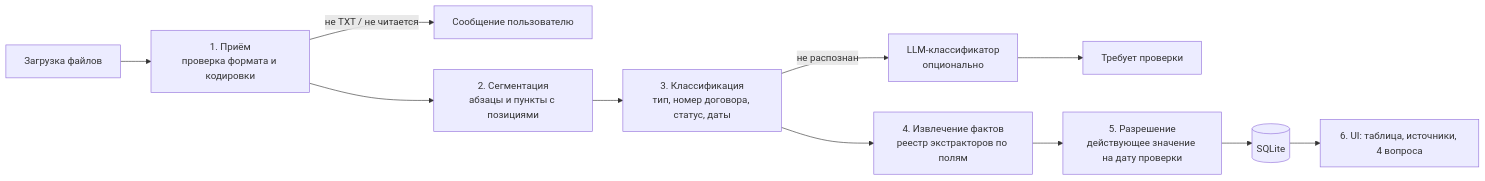
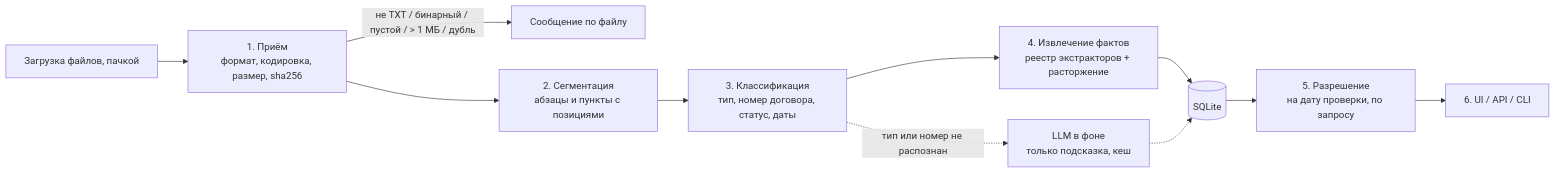
The diagram in docs/ARCHITECTURE.md (Abrosmaan/Test_Case_PO), drawn with Mermaid before and after one commit. The commit also changed other lines of this file and 2 other files, not shown here.

Commit message:
Docs: vibe-coding report with AI errors, time by commits, quality section, ARCHITECTURE matches the code

````diff
--- a/docs/ARCHITECTURE.md
+++ b/docs/ARCHITECTURE.md
@@ -9,13 +11,13 @@
 ```mermaid
 flowchart LR
-  A[Загрузка файлов] --> B[1. Приём<br/>проверка формата и кодировки]
-  B -->|не TXT / не читается| X[Сообщение пользователю]
+  A[Загрузка файлов, пачкой] --> B[1. Приём<br/>формат, кодировка, размер, sha256]
+  B -->|не TXT / бинарный / пустой / > 1 МБ / дубль| X[Сообщение по файлу]
   B --> C[2. Сегментация<br/>абзацы и пункты с позициями]
   C --> D[3. Классификация<br/>тип, номер договора, статус, даты]
-  D -->|не распознан| L[LLM-классификатор<br/>опционально]
-  L --> R[Требует проверки]
-  D --> E[4. Извлечение фактов<br/>реестр экстракторов по полям]
-  E --> F[5. Разрешение<br/>действующее значение на дату проверки]
-  F --> G[(SQLite)]
-  G --> H[6. UI: таблица, источники, 4 вопроса]
+  D --> E[4. Извлечение фактов<br/>реестр экстракторов + расторжение]
+  E --> G[(SQLite)]
+  D -.->|тип или номер не распознан| L[LLM в фоне<br/>только подсказка, кеш]
+  L -.-> G
+  G --> F[5. Разрешение<br/>на дату проверки, по запросу]
+  F --> H[6. UI / API / CLI]
 ```
````
